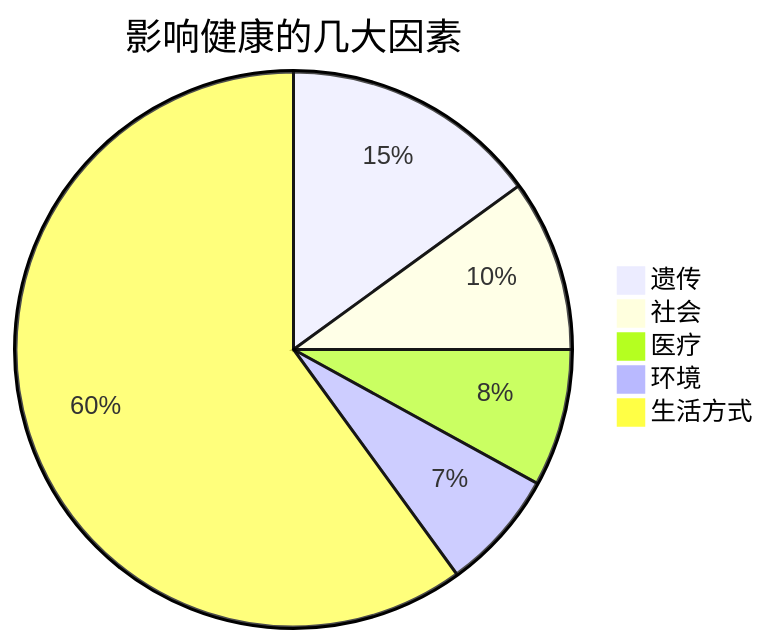
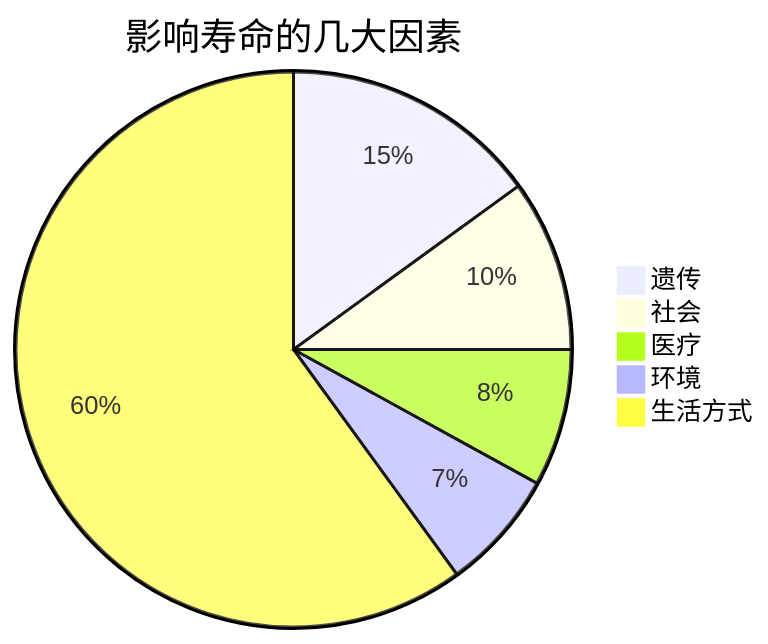
One commit to Gaohaoyang/gaohaoyang.github.io changed the second of 2 diagrams in _posts/2019-09-29-life-healthy.md. Above: the diagram before and after it, drawn with Mermaid. The commit also changed other lines of this file, not shown here.

```diff
--- a/_posts/2019-09-29-life-healthy.md
+++ b/_posts/2019-09-29-life-healthy.md
@@ -152,8 +152,8 @@
 <div class="mermaid">
-pie title 影响健康的几大因素
+pie title 影响寿命的几大因素
     "遗传" : 15
     "社会" : 10
     "医疗" : 8
     "环境" : 7
     "生活方式" : 60
 </div>
```
